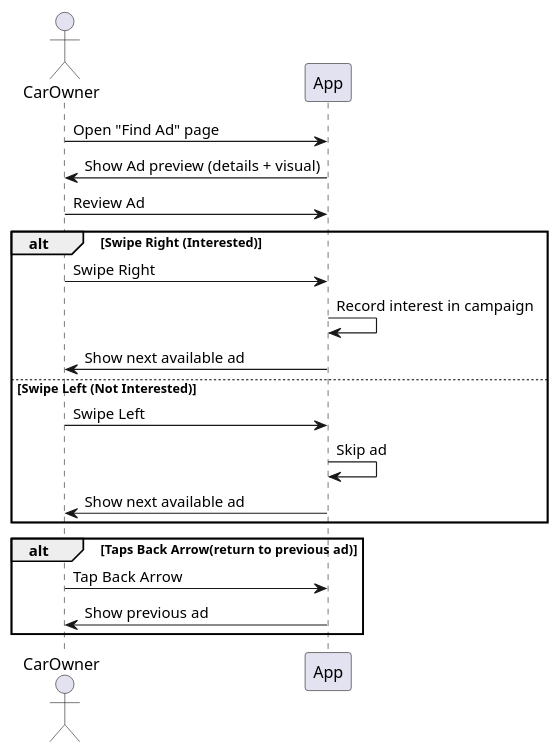
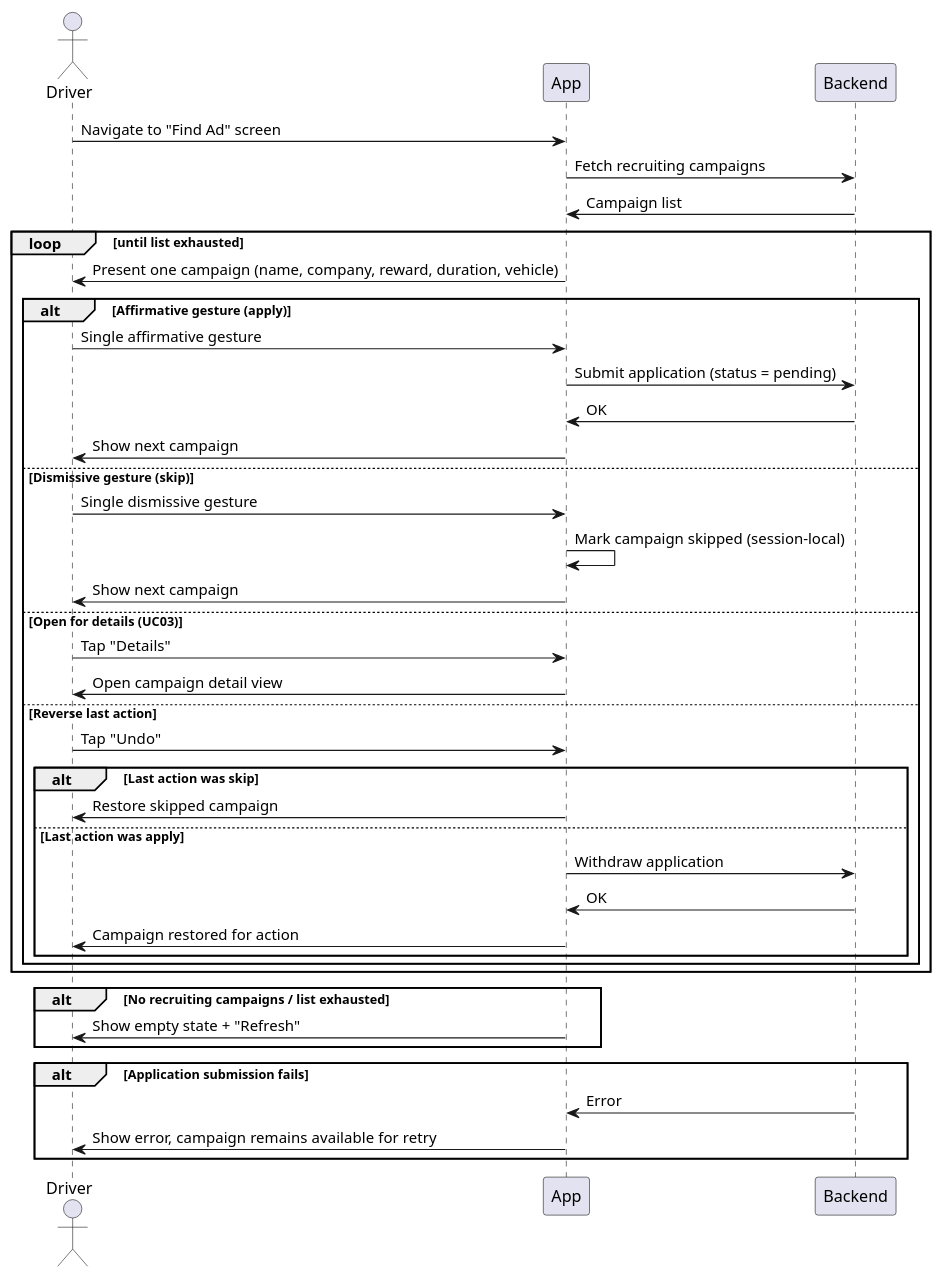
One commit to TheXik/Ad-on-Wheels changed the diagram in DOCS/Usecases/User/FindAdOnCar/FindAdDiagram.puml. Above: the diagram before and after it, drawn with PlantUML. The commit also changed 19 other files, not shown here.

Commit message:
docs: update puml diagrams and the svg

```diff
--- a/DOCS/Usecases/User/FindAdOnCar/FindAdDiagram.puml
+++ b/DOCS/Usecases/User/FindAdOnCar/FindAdDiagram.puml
@@ -1,24 +1,44 @@
 @startuml FindAd
-actor CarOwner
+actor Driver
 
-CarOwner -> App : Open "Find Ad" page
-App -> CarOwner : Show Ad preview (details + visual)
+Driver -> App : Navigate to "Find Ad" screen
+App -> Backend : Fetch recruiting campaigns
+Backend -> App : Campaign list
 
-CarOwner -> App : Review Ad
+loop until list exhausted
+    App -> Driver : Present one campaign (name, company, reward, duration, vehicle)
 
-alt Swipe Right (Interested)
-    CarOwner -> App : Swipe Right
-    App -> App : Record interest in campaign
-    App -> CarOwner : Show next available ad
-else Swipe Left (Not Interested)
-    CarOwner -> App : Swipe Left
-    App -> App : Skip ad
-    App -> CarOwner : Show next available ad
+    alt Affirmative gesture (apply)
+        Driver -> App : Single affirmative gesture
+        App -> Backend : Submit application (status = pending)
+        Backend -> App : OK
+        App -> Driver : Show next campaign
+    else Dismissive gesture (skip)
+        Driver -> App : Single dismissive gesture
+        App -> App : Mark campaign skipped (session-local)
+        App -> Driver : Show next campaign
+    else Open for details (UC03)
+        Driver -> App : Tap "Details"
+        App -> Driver : Open campaign detail view
+    else Reverse last action
+        Driver -> App : Tap "Undo"
+        alt Last action was skip
+            App -> Driver : Restore skipped campaign
+        else Last action was apply
+            App -> Backend : Withdraw application
+            Backend -> App : OK
+            App -> Driver : Campaign restored for action
+        end
+    end
 end
 
-alt Taps Back Arrow(return to previous ad) 
-    CarOwner -> App : Tap Back Arrow
-    App -> CarOwner : Show previous ad
+alt No recruiting campaigns / list exhausted
+    App -> Driver : Show empty state + "Refresh"
+end
+
+alt Application submission fails
+    Backend -> App : Error
+    App -> Driver : Show error, campaign remains available for retry
 end
 
 @enduml
```
